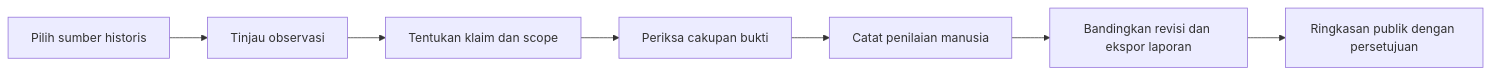
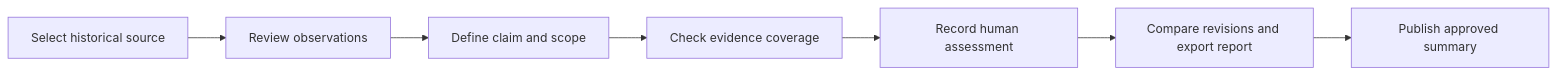
The first of 2 diagrams in README.md (AndroLay/MethaneResponse), drawn with Mermaid before and after one commit. The commit also changed other lines of this file and 127 other files, not shown here.

````diff
--- a/README.md
+++ b/README.md
@@ -70,9 +71,9 @@
 ```mermaid
 flowchart LR
-  A[Pilih sumber historis] --> B[Tinjau observasi]
-  B --> C[Tentukan klaim dan scope]
-  C --> D[Periksa cakupan bukti]
-  D --> E[Catat penilaian manusia]
-  E --> F[Bandingkan revisi dan ekspor laporan]
-  F --> G[Ringkasan publik dengan persetujuan]
+  A[Select historical source] --> B[Review observations]
+  B --> C[Define claim and scope]
+  C --> D[Check evidence coverage]
+  D --> E[Record human assessment]
+  E --> F[Compare revisions and export report]
+  F --> G[Publish approved summary]
 ```
````
